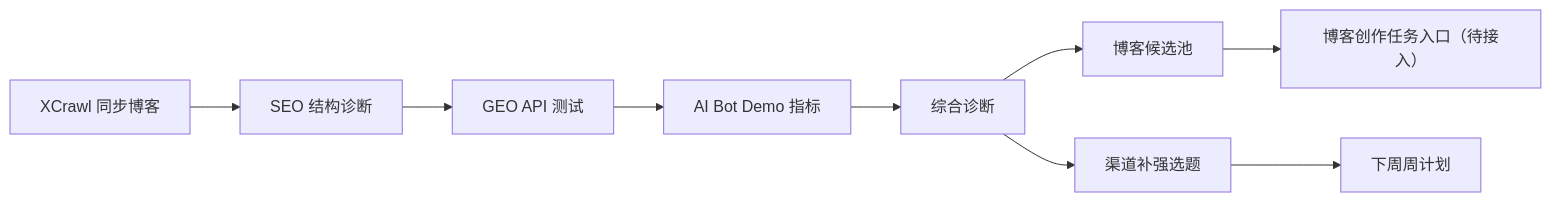
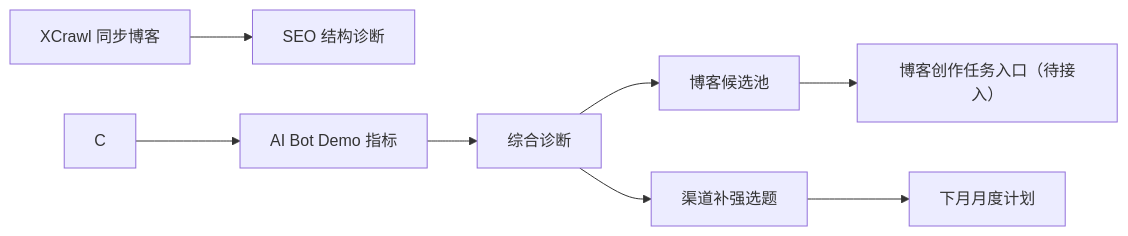
The third of 3 diagrams in design/low-fi-prototype.md (1736280642-Star/gtm-content-growth-workbench), drawn with Mermaid before and after one commit. The commit also changed other lines of this file and 63 other files, not shown here.

````diff
--- a/design/low-fi-prototype.md
+++ b/design/low-fi-prototype.md
@@ -562,11 +543,10 @@
 ```mermaid
 flowchart LR
     A["XCrawl 同步博客"] --> B["SEO 结构诊断"]
-    B --> C["GEO API 测试"]
     C --> D["AI Bot Demo 指标"]
     D --> E["综合诊断"]
     E --> F["博客候选池"]
     E --> G["渠道补强选题"]
     F --> H["博客创作任务入口（待接入）"]
-    G --> I["下周周计划"]
+    G --> I["下月月度计划"]
 ```
````
